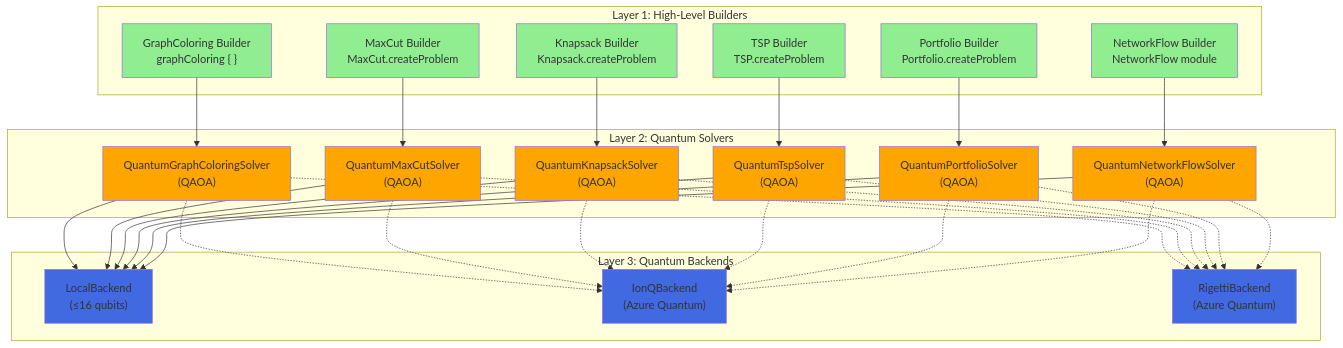
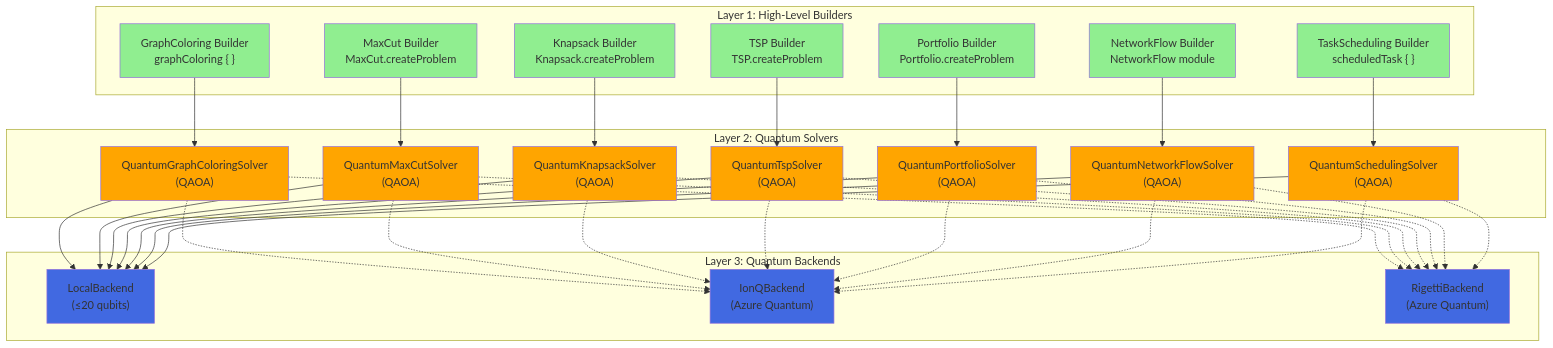
The first of 2 diagrams in README.md (Thorium/FSharp.Azure.Quantum), drawn with Mermaid before and after one commit. The commit also changed other lines of this file and 17 other files, not shown here.

Commit message:
Local backend cubit limit to 20

````diff
--- a/README.md
+++ b/README.md
@@ -372,70 +450,78 @@
 ```mermaid
 graph TB
     subgraph "Layer 1: High-Level Builders"
         GC["GraphColoring Builder<br/>graphColoring { }"]
         MC["MaxCut Builder<br/>MaxCut.createProblem"]
         KS["Knapsack Builder<br/>Knapsack.createProblem"]
         TS["TSP Builder<br/>TSP.createProblem"]
         PO["Portfolio Builder<br/>Portfolio.createProblem"]
         NF["NetworkFlow Builder<br/>NetworkFlow module"]
+        SCHED["TaskScheduling Builder<br/>scheduledTask { }"]
     end
     
     subgraph "Layer 2: Quantum Solvers"
         QGC["QuantumGraphColoringSolver<br/>(QAOA)"]
         QMC["QuantumMaxCutSolver<br/>(QAOA)"]
         QKS["QuantumKnapsackSolver<br/>(QAOA)"]
         QTS["QuantumTspSolver<br/>(QAOA)"]
         QPO["QuantumPortfolioSolver<br/>(QAOA)"]
         QNF["QuantumNetworkFlowSolver<br/>(QAOA)"]
+        QSCHED["QuantumSchedulingSolver<br/>(QAOA)"]
     end
     
     subgraph "Layer 3: Quantum Backends"
-        LOCAL["LocalBackend<br/>(≤16 qubits)"]
+        LOCAL["LocalBackend<br/>(≤20 qubits)"]
         IONQ["IonQBackend<br/>(Azure Quantum)"]
         RIGETTI["RigettiBackend<br/>(Azure Quantum)"]
     end
     
     GC --> QGC
     MC --> QMC
     KS --> QKS
     TS --> QTS
     PO --> QPO
     NF --> QNF
+    SCHED --> QSCHED
     
     QGC --> LOCAL
     QMC --> LOCAL
     QKS --> LOCAL
     QTS --> LOCAL
     QPO --> LOCAL
     QNF --> LOCAL
+    QSCHED --> LOCAL
     
     QGC -.-> IONQ
     QMC -.-> IONQ
     QKS -.-> IONQ
     QTS -.-> IONQ
     QPO -.-> IONQ
     QNF -.-> IONQ
+    QSCHED -.-> IONQ
     
     QGC -.-> RIGETTI
     QMC -.-> RIGETTI
     QKS -.-> RIGETTI
     QTS -.-> RIGETTI
     QPO -.-> RIGETTI
     QNF -.-> RIGETTI
+    QSCHED -.-> RIGETTI
     
     style GC fill:#90EE90
     style MC fill:#90EE90
     style KS fill:#90EE90
     style TS fill:#90EE90
     style PO fill:#90EE90
     style NF fill:#90EE90
+    style SCHED fill:#90EE90
     style QGC fill:#FFA500
     style QMC fill:#FFA500
     style QKS fill:#FFA500
     style QTS fill:#FFA500
     style QPO fill:#FFA500
     style QNF fill:#FFA500
+    style QSCHED fill:#FFA500
     style LOCAL fill:#4169E1
     style IONQ fill:#4169E1
     style RIGETTI fill:#4169E1
 ```
````
